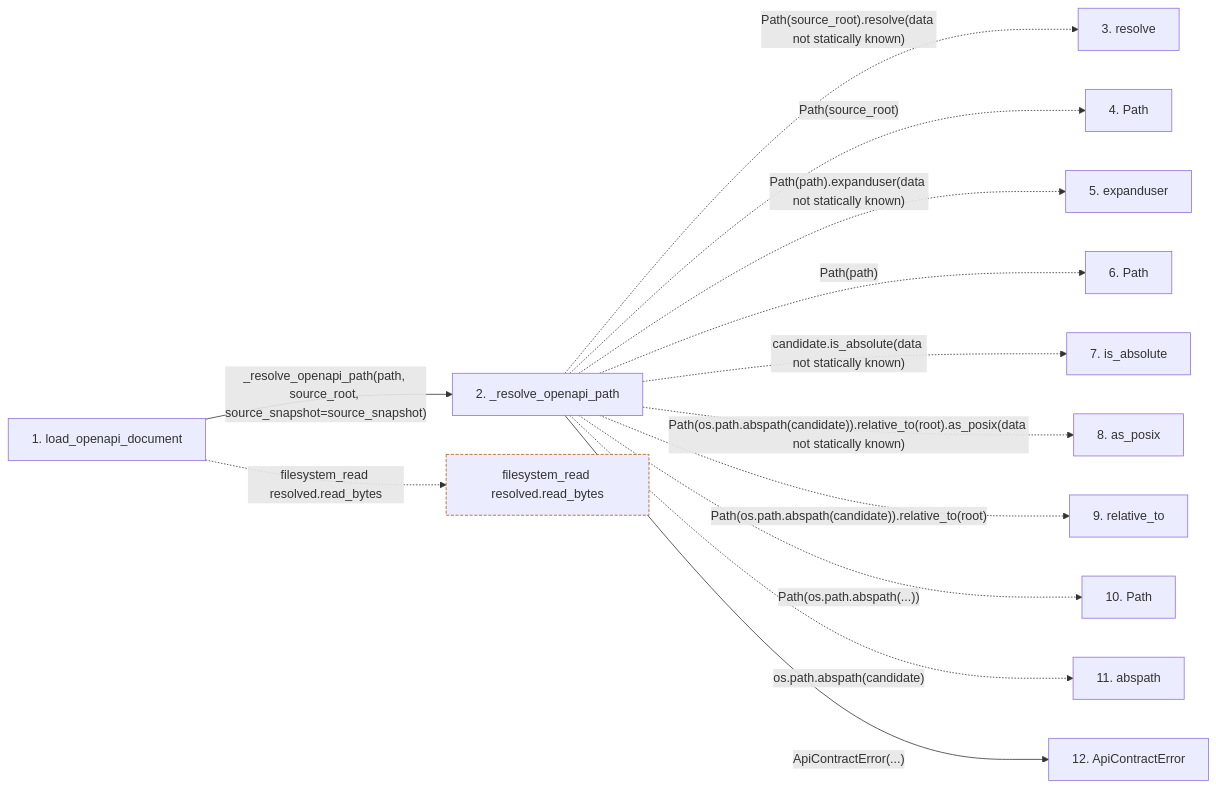
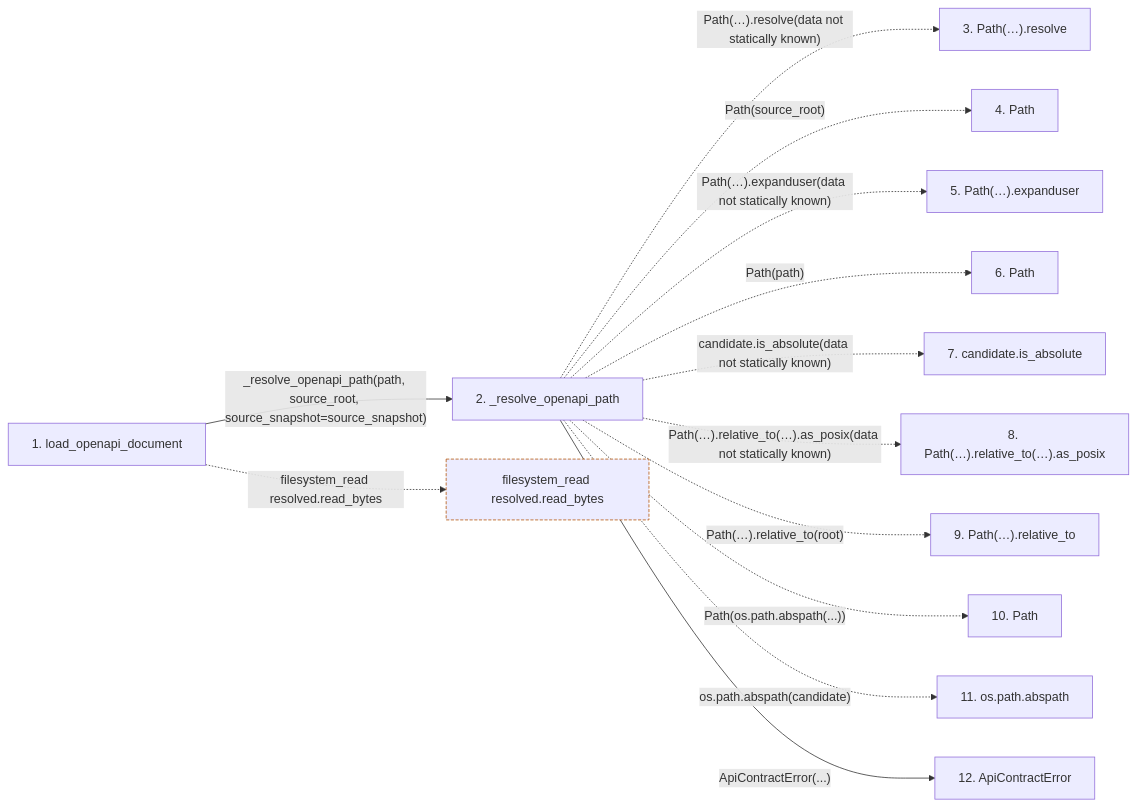
One commit to Denissvgn/python-wiki-llm changed the second of 2 diagrams in docs/llm_wiki/flows/api-load_openapi_document.md. Above: the diagram before and after it, drawn with Mermaid. The commit also changed other lines of this file and 719 other files, not shown here.

````diff
--- a/docs/llm_wiki/flows/api-load_openapi_document.md
+++ b/docs/llm_wiki/flows/api-load_openapi_document.md
@@ -72,33 +76,33 @@
 ```mermaid
 flowchart LR
     s1["1. load_openapi_document"]
     s2["2. _resolve_openapi_path"]
-    s3["3. resolve"]
+    s3["3. Path(…).resolve"]
     s4["4. Path"]
-    s5["5. expanduser"]
+    s5["5. Path(…).expanduser"]
     s6["6. Path"]
-    s7["7. is_absolute"]
-    s8["8. as_posix"]
-    s9["9. relative_to"]
+    s7["7. candidate.is_absolute"]
+    s8["8. Path(…).relative_to(…).as_posix"]
+    s9["9. Path(…).relative_to"]
     s10["10. Path"]
-    s11["11. abspath"]
+    s11["11. os.path.abspath"]
     s12["12. ApiContractError"]
     s1 -->|"_resolve_openapi_path(path, source_root, source_snapshot=source_snapshot)"| s2
-    s2 -. "Path(source_root).resolve(data not statically known)" .-> s3
+    s2 -. "Path(…).resolve(data not statically known)" .-> s3
     s2 -. "Path(source_root)" .-> s4
-    s2 -. "Path(path).expanduser(data not statically known)" .-> s5
+    s2 -. "Path(…).expanduser(data not statically known)" .-> s5
     s2 -. "Path(path)" .-> s6
     s2 -. "candidate.is_absolute(data not statically known)" .-> s7
-    s2 -. "Path(os.path.abspath(candidate)).relative_to(root).as_posix(data not statically known)" .-> s8
-    s2 -. "Path(os.path.abspath(candidate)).relative_to(root)" .-> s9
+    s2 -. "Path(…).relative_to(…).as_posix(data not statically known)" .-> s8
+    s2 -. "Path(…).relative_to(root)" .-> s9
     s2 -. "Path(os.path.abspath(...))" .-> s10
     s2 -. "os.path.abspath(candidate)" .-> s11
     s2 -->|"ApiContractError(...)"| s12
     b0["filesystem_read resolved.read_bytes"]
     s1 -. "filesystem_read resolved.read_bytes" .-> b0
     click s1 "../modules/api_contracts.md"
     click s2 "../modules/api_contracts.md"
     click s12 "../modules/api_contracts.md"
     classDef boundary stroke:#b45309,stroke-dasharray: 4 2
     class b0 boundary
 ```
````
